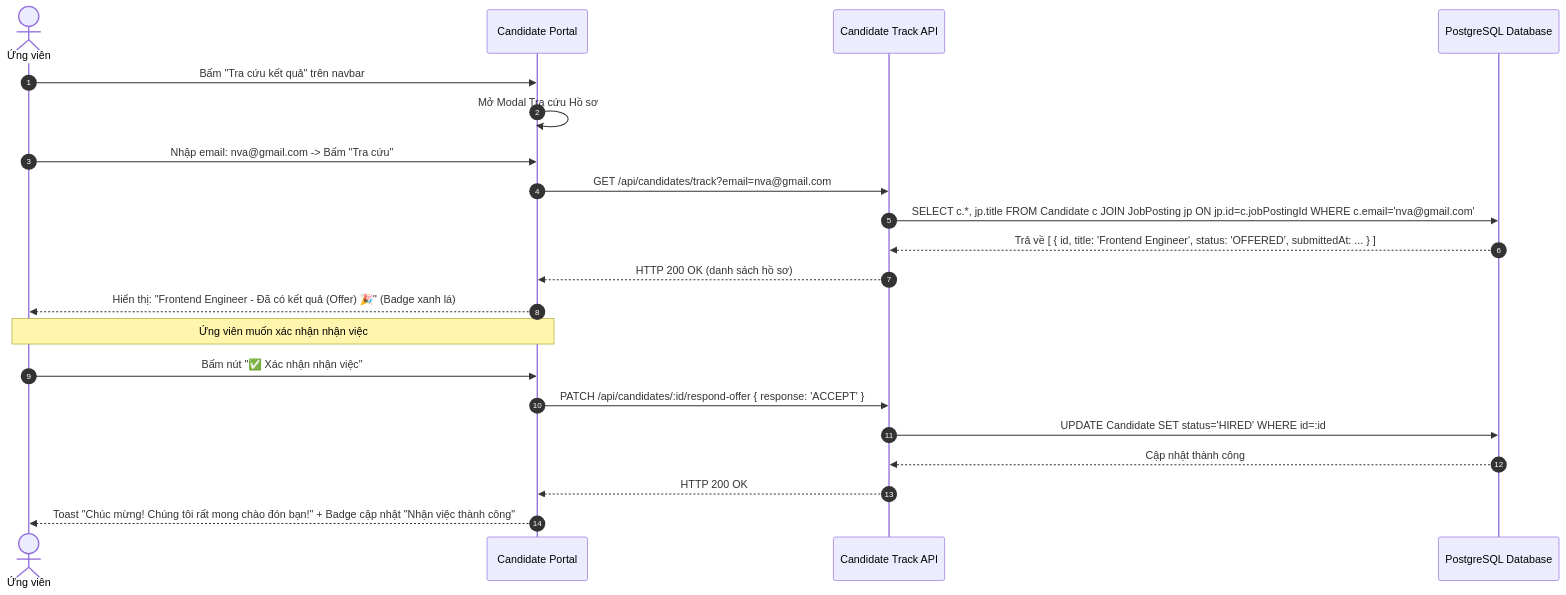
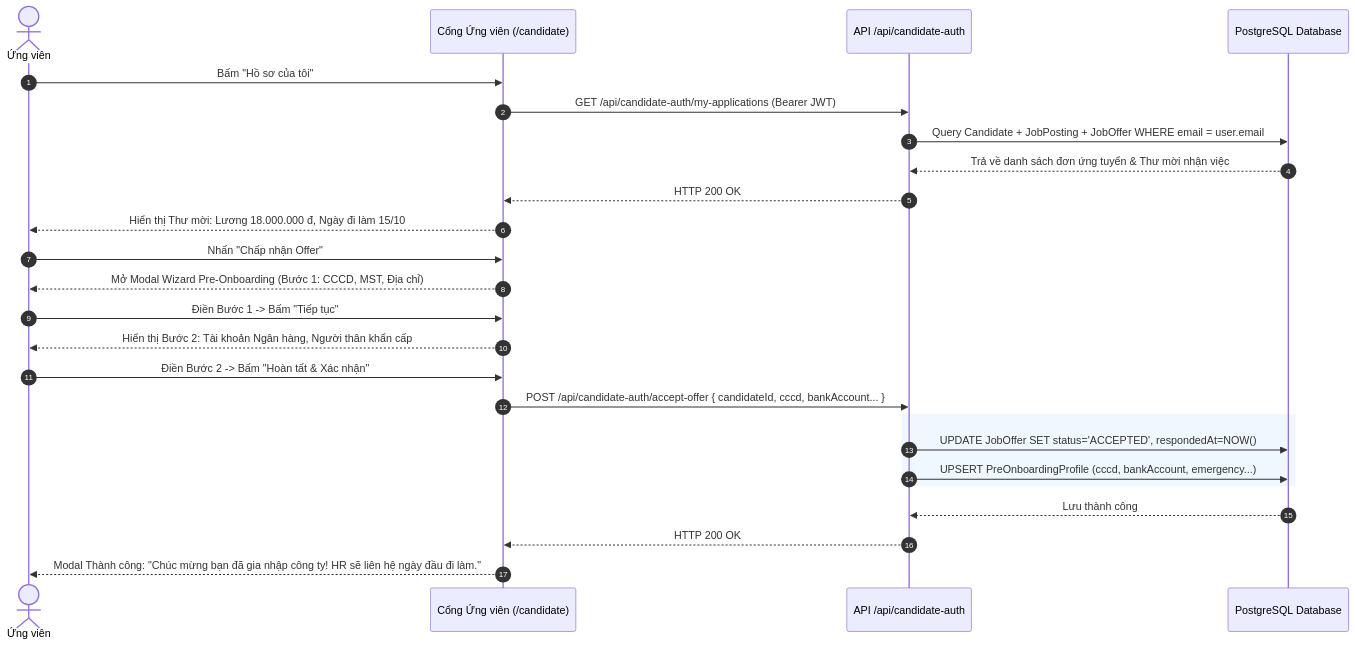
Before and after one commit to aye2710/HRM-DATN: the diagram in docs/Tài liệu phân tích nghiệp vụ từng module/Module Cổng Tuyển dụng Ứng viên/Chuc-nang-Nop-Ho-so-Va-Theo-doi.md, drawn with Mermaid. The commit also changed other lines of this file and 17 other files, not shown here.

Commit message:
feat: implement candidate portal auth, collaborative offer lifecycle, pre-onboarding wizard and update thesis specifications

````diff
--- a/docs/Tài liệu phân tích nghiệp vụ từng module/Module Cổng Tuyển dụng Ứng viên/Chuc-nang-Nop-Ho-so-Va-Theo-doi.md
+++ b/docs/Tài liệu phân tích nghiệp vụ từng module/Module Cổng Tuyển dụng Ứng viên/Chuc-nang-Nop-Ho-so-Va-Theo-doi.md
@@ -235,25 +121,30 @@
 ```mermaid
 sequenceDiagram
     autonumber
     actor UV as Ứng viên
-    participant FE as Candidate Portal
-    participant API as Candidate Track API
+    participant Portal as Cổng Ứng viên (/candidate)
+    participant AuthAPI as API /api/candidate-auth
     participant DB as PostgreSQL Database
 
-    UV->>FE: Bấm "Tra cứu kết quả" trên navbar
-    FE->>FE: Mở Modal Tra cứu Hồ sơ
-    UV->>FE: Nhập email: nva@gmail.com -> Bấm "Tra cứu"
-    FE->>API: GET /api/candidates/track?email=nva@gmail.com
-    API->>DB: SELECT c.*, jp.title FROM Candidate c JOIN JobPosting jp ON jp.id=c.jobPostingId WHERE c.email='nva@gmail.com'
-    DB-->>API: Trả về [ { id, title: 'Frontend Engineer', status: 'OFFERED', submittedAt: ... } ]
-    API-->>FE: HTTP 200 OK (danh sách hồ sơ)
-    FE-->>UV: Hiển thị: "Frontend Engineer - Đã có kết quả (Offer) 🎉" (Badge xanh lá)
+    UV->>Portal: Bấm "Hồ sơ của tôi"
+    Portal->>AuthAPI: GET /api/candidate-auth/my-applications (Bearer JWT)
+    AuthAPI->>DB: Query Candidate + JobPosting + JobOffer WHERE email = user.email
+    DB-->>AuthAPI: Trả về danh sách đơn ứng tuyển & Thư mời nhận việc
+    AuthAPI-->>Portal: HTTP 200 OK
+    Portal-->>UV: Hiển thị Thư mời: Lương 18.000.000 đ, Ngày đi làm 15/10
 
-    Note over UV, FE: Ứng viên muốn xác nhận nhận việc
-    UV->>FE: Bấm nút "✅ Xác nhận nhận việc"
-    FE->>API: PATCH /api/candidates/:id/respond-offer { response: 'ACCEPT' }
-    API->>DB: UPDATE Candidate SET status='HIRED' WHERE id=:id
-    DB-->>API: Cập nhật thành công
-    API-->>FE: HTTP 200 OK
-    FE-->>UV: Toast "Chúc mừng! Chúng tôi rất mong chào đón bạn!" + Badge cập nhật "Nhận việc thành công"
+    UV->>Portal: Nhấn "Chấp nhận Offer"
+    Portal-->>UV: Mở Modal Wizard Pre-Onboarding (Bước 1: CCCD, MST, Địa chỉ)
+    UV->>Portal: Điền Bước 1 -> Bấm "Tiếp tục"
+    Portal-->>UV: Hiển thị Bước 2: Tài khoản Ngân hàng, Người thân khẩn cấp
+    UV->>Portal: Điền Bước 2 -> Bấm "Hoàn tất & Xác nhận"
+
+    Portal->>AuthAPI: POST /api/candidate-auth/accept-offer { candidateId, cccd, bankAccount... }
+    rect rgb(240, 248, 255)
+        AuthAPI->>DB: UPDATE JobOffer SET status='ACCEPTED', respondedAt=NOW()
+        AuthAPI->>DB: UPSERT PreOnboardingProfile (cccd, bankAccount, emergency...)
+    end
+    DB-->>AuthAPI: Lưu thành công
+    AuthAPI-->>Portal: HTTP 200 OK
+    Portal-->>UV: Modal Thành công: "Chúc mừng bạn đã gia nhập công ty! HR sẽ liên hệ ngày đầu đi làm."
 ```
````
